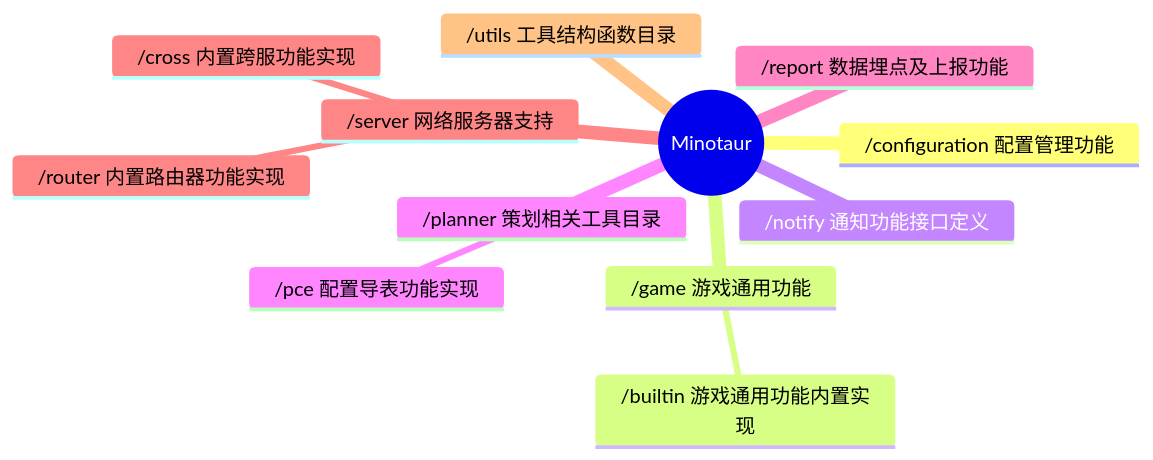
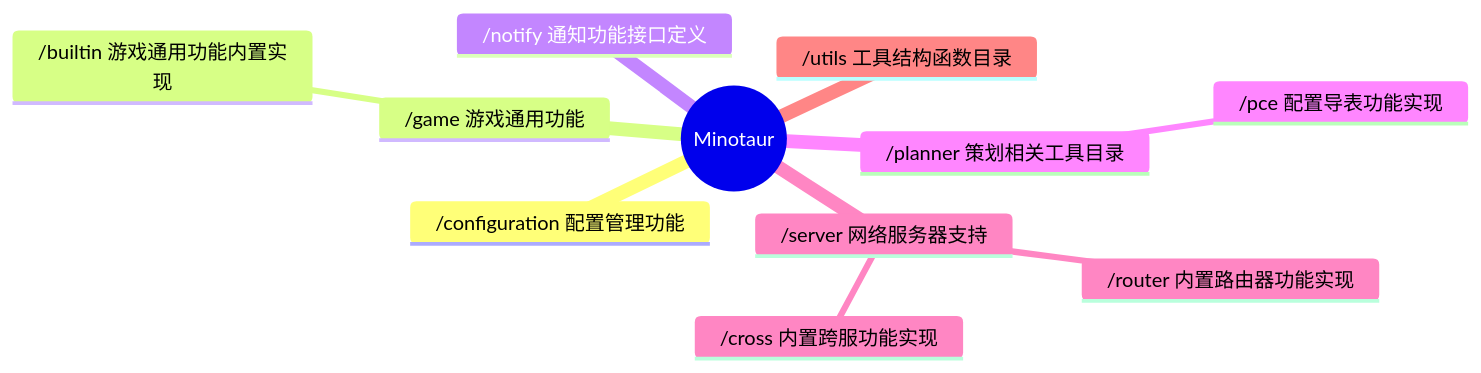
Before and after one commit to kercylan98/minotaur: the diagram in README.md, drawn with Mermaid. The commit also changed 10 other files, not shown here.

````diff
--- a/README.md
+++ b/README.md
@@ -11,15 +11,14 @@
 ```mermaid
 mindmap
   root((Minotaur))
     /configuration 配置管理功能
     /game 游戏通用功能
       /builtin 游戏通用功能内置实现
     /notify 通知功能接口定义
     /planner 策划相关工具目录
       /pce 配置导表功能实现
-    /report 数据埋点及上报功能
     /server 网络服务器支持
       /cross 内置跨服功能实现
       /router 内置路由器功能实现
     /utils 工具结构函数目录
 ```
````
